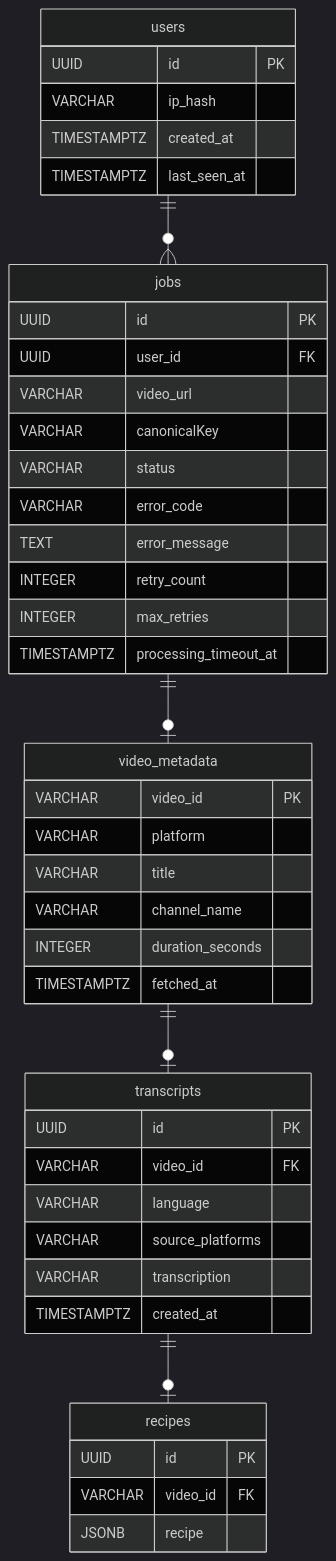
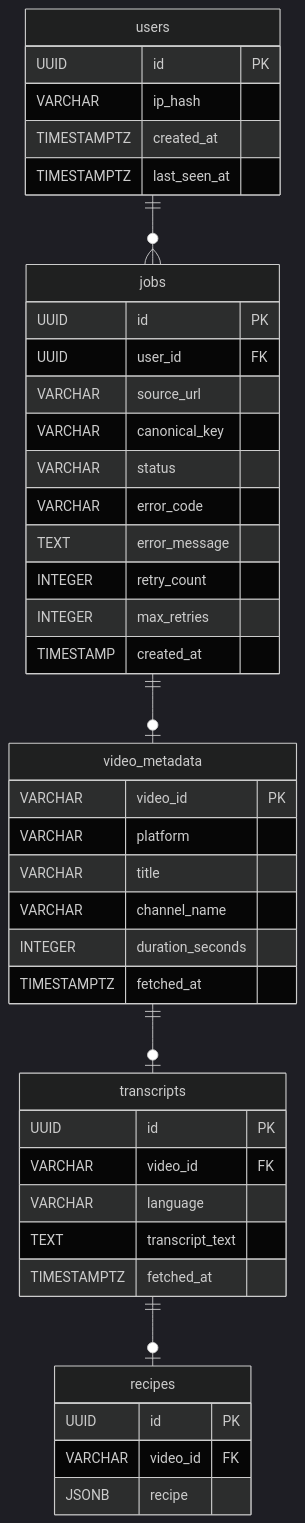
Before and after one commit to allfeia/Cooklink: the diagram in docs/Data/postgres/ER_DIAGRAM_POSTGRES.md, drawn with Mermaid (dark theme). The commit also changed 16 other files, not shown here.

````diff
--- a/docs/Data/postgres/ER_DIAGRAM_POSTGRES.md
+++ b/docs/Data/postgres/ER_DIAGRAM_POSTGRES.md
@@ -1,68 +1,67 @@
 ```mermaid
 erDiagram
     %% ─────────────────────────────────────
     %% CORE TABLES
     %% ─────────────────────────────────────
     users {
         UUID id PK
         VARCHAR ip_hash
         TIMESTAMPTZ created_at
         TIMESTAMPTZ last_seen_at
     }
     
     jobs {
         UUID id PK
         UUID user_id FK
-        VARCHAR video_url
-        VARCHAR canonicalKey
+        VARCHAR source_url
+        VARCHAR canonical_key
         VARCHAR status
         VARCHAR error_code
         TEXT error_message
         INTEGER retry_count
         INTEGER max_retries
-        TIMESTAMPTZ processing_timeout_at
+        TIMESTAMP created_at
     }
     
     video_metadata {
         VARCHAR video_id PK
         VARCHAR platform
         VARCHAR title
         VARCHAR channel_name
         INTEGER duration_seconds
         TIMESTAMPTZ fetched_at
     }
     
     %% ─────────────────────────────────────
     %% RECIPE DATA
     %% ─────────────────────────────────────
     transcripts {
         UUID id PK
         VARCHAR video_id FK
         VARCHAR language
-        VARCHAR source_platforms
-        VARCHAR transcription
-        TIMESTAMPTZ created_at
+        TEXT transcript_text
+        TIMESTAMPTZ fetched_at
     }
     
     recipes {
         UUID id PK
         VARCHAR video_id FK
         JSONB recipe
     }
     
 %%    rate_limit_counters {
 %%        UUID id PK
 %%        VARCHAR ip_hash
 %%        TIMESTAMPTZ window_start
 %%        INTEGER request_count
 %%    }
     
     %% ─────────────────────────────────────
     %% RELATIONSHIPS
     %% ─────────────────────────────────────
     users ||--o{ jobs : ""
     video_metadata ||--o| transcripts : ""
     transcripts ||--o| recipes : ""
     jobs ||--o| video_metadata : ""
 %%    users ||--o{ rate_limit_counters : ""
 ```
````
